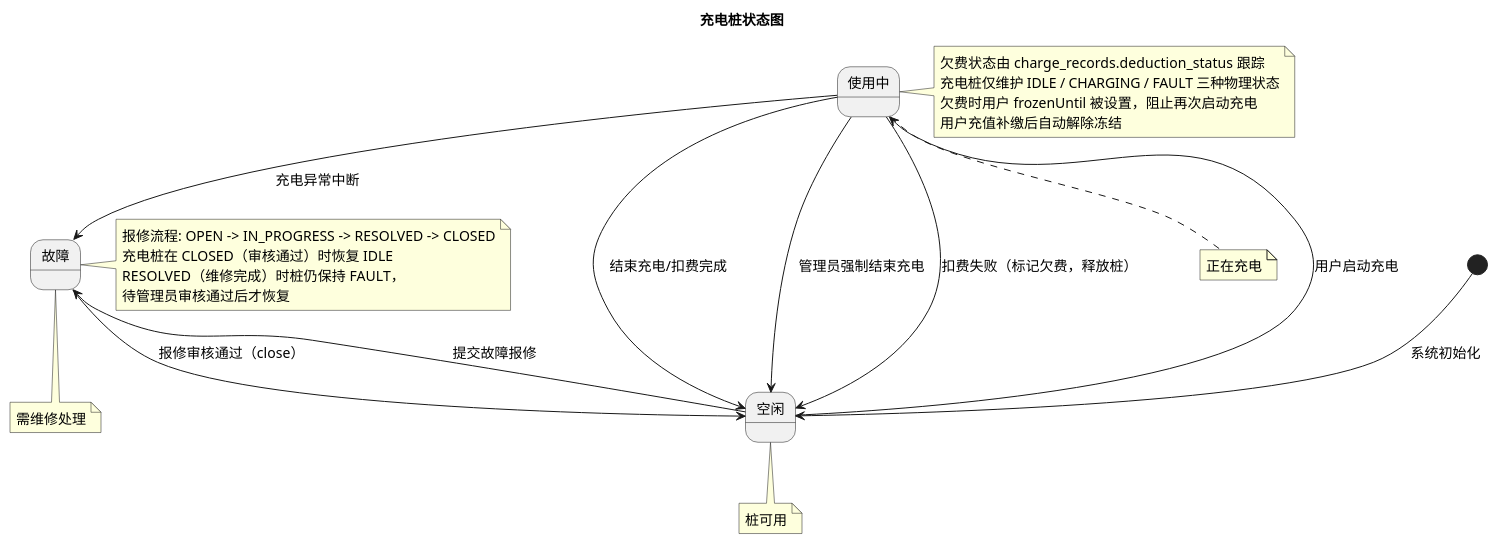
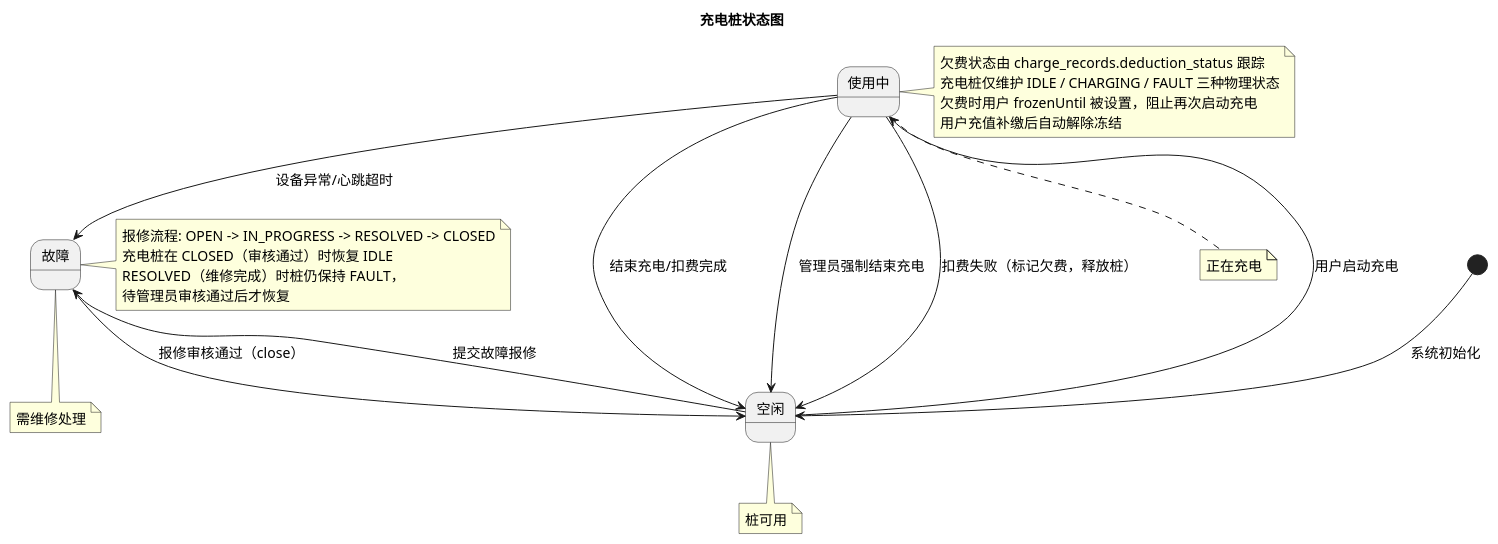
The diagram in status/src/state_charger.puml (greenhandzdl/charging-station-doc), drawn with PlantUML before and after one commit. The commit also changed 33 other files, not shown here.

First line of the commit message:
fix: 全量评估修复 — 授权加固、欠费冻结、幂等性、跨图一致性修复

```diff
--- a/status/src/state_charger.puml
+++ b/status/src/state_charger.puml
@@ -1,26 +1,26 @@
 @startuml
 skinparam defaultFontName "Noto Sans CJK SC"
 skinparam defaultFontSize 14
 title 充电桩状态图
 
 state "空闲" as IDLE
 state "使用中" as CHARGING
 state "故障" as FAULT
 
 [*] --> IDLE : 系统初始化
 IDLE --> CHARGING : 用户启动充电
 CHARGING --> IDLE : 结束充电/扣费完成
 CHARGING --> IDLE : 管理员强制结束充电
-CHARGING --> FAULT : 充电异常中断
+CHARGING --> FAULT : 设备异常/心跳超时
   CHARGING --> IDLE : 扣费失败（标记欠费，释放桩）
 IDLE --> FAULT : 提交故障报修
 FAULT --> IDLE : 报修审核通过（close）
 
 note bottom of IDLE : 桩可用
 note bottom of CHARGING : 正在充电
 note bottom of FAULT : 需维修处理
 
 note right of CHARGING : 欠费状态由 charge_records.deduction_status 跟踪\n充电桩仅维护 IDLE / CHARGING / FAULT 三种物理状态\n欠费时用户 frozenUntil 被设置，阻止再次启动充电\n用户充值补缴后自动解除冻结
 
 note right of FAULT : 报修流程: OPEN -> IN_PROGRESS -> RESOLVED -> CLOSED\n充电桩在 CLOSED（审核通过）时恢复 IDLE\nRESOLVED（维修完成）时桩仍保持 FAULT，\n待管理员审核通过后才恢复
 @enduml
```
